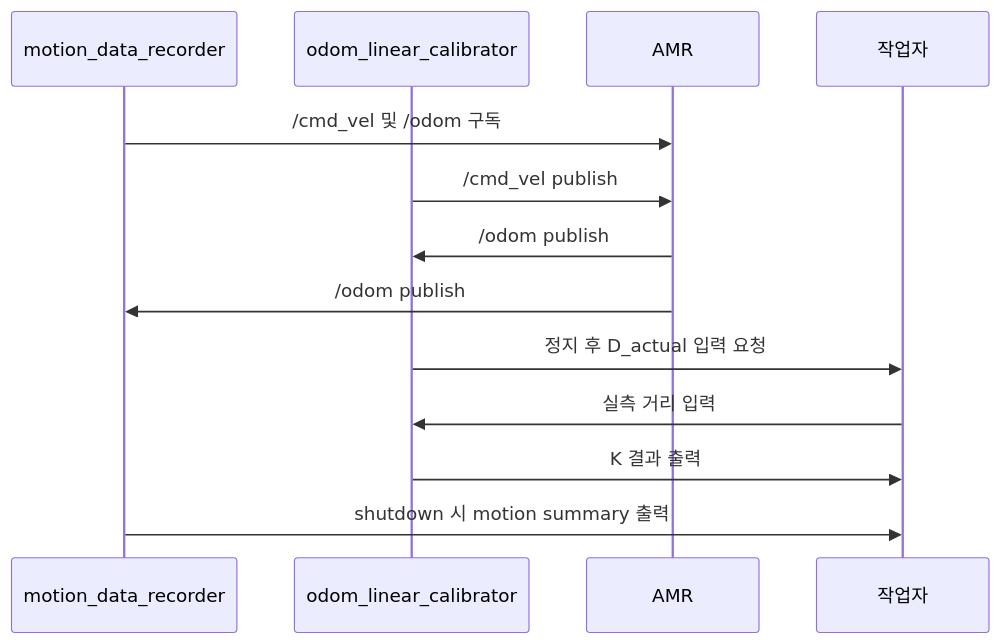
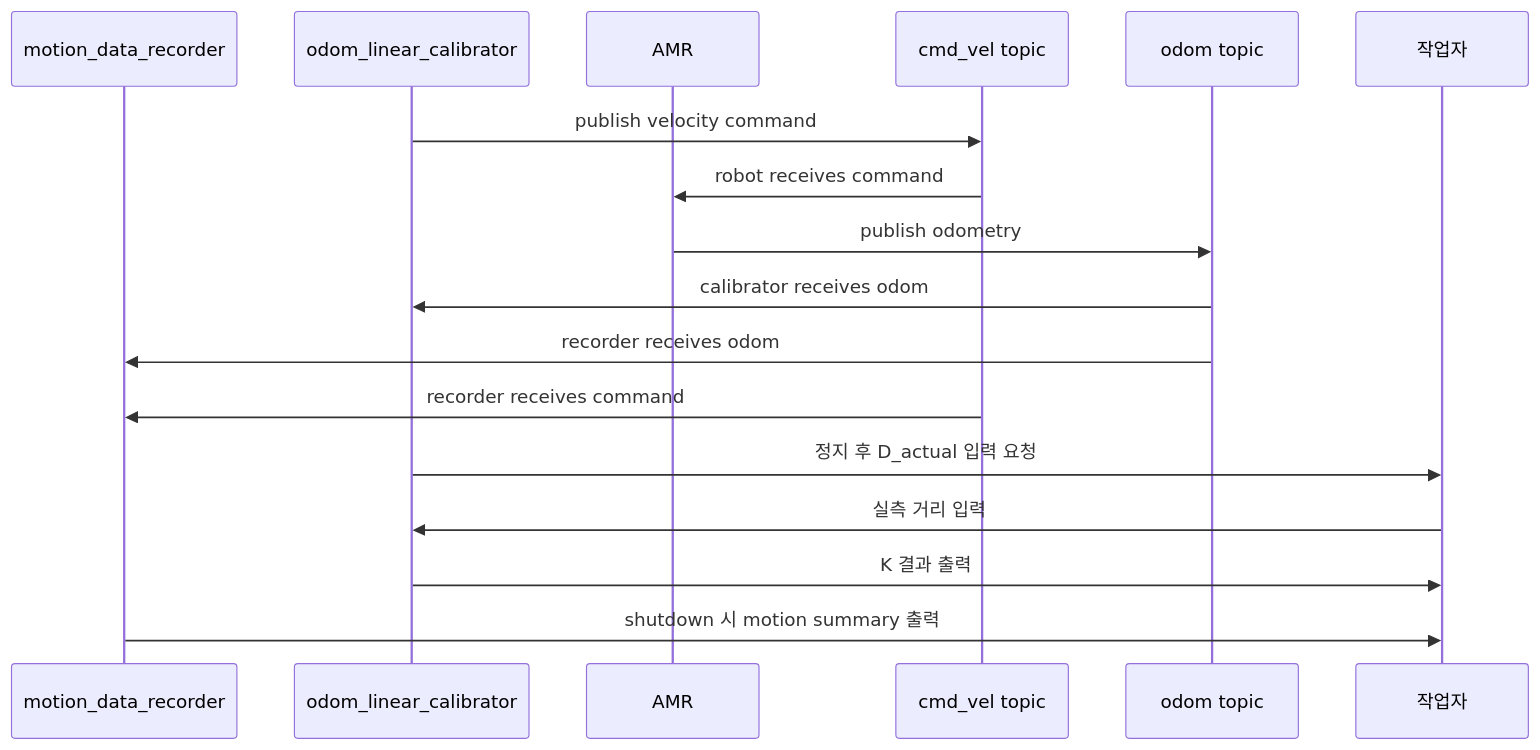
Before and after one commit to grade-e/odometry-calibrator: the seventh of 7 diagrams in docs/usage_and_architecture.md, drawn with Mermaid. The commit also changed other lines of this file, not shown here.

Commit message:
Fix Mermaid diagram formatting

````diff
--- a/docs/usage_and_architecture.md
+++ b/docs/usage_and_architecture.md
@@ -396,16 +396,20 @@
 ```mermaid
 sequenceDiagram
     participant Rec as motion_data_recorder
     participant Cal as odom_linear_calibrator
     participant Robot as AMR
+    participant Cmd as cmd_vel topic
+    participant Odom as odom topic
     participant User as 작업자
 
-    Rec->>Robot: /cmd_vel 및 /odom 구독
-    Cal->>Robot: /cmd_vel publish
-    Robot->>Cal: /odom publish
-    Robot->>Rec: /odom publish
+    Cal->>Cmd: publish velocity command
+    Cmd->>Robot: robot receives command
+    Robot->>Odom: publish odometry
+    Odom->>Cal: calibrator receives odom
+    Odom->>Rec: recorder receives odom
+    Cmd->>Rec: recorder receives command
     Cal->>User: 정지 후 D_actual 입력 요청
     User->>Cal: 실측 거리 입력
     Cal->>User: K 결과 출력
     Rec->>User: shutdown 시 motion summary 출력
 ```
````
